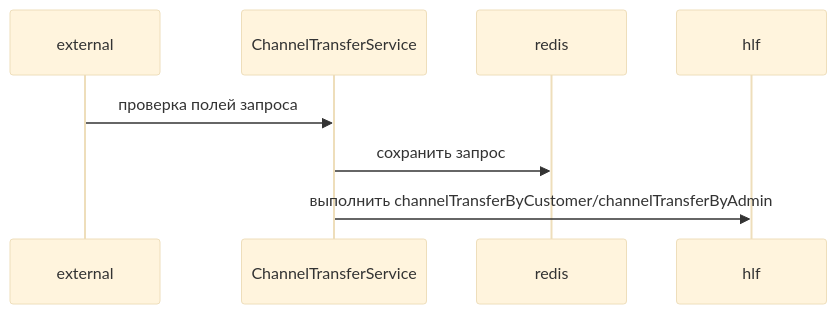
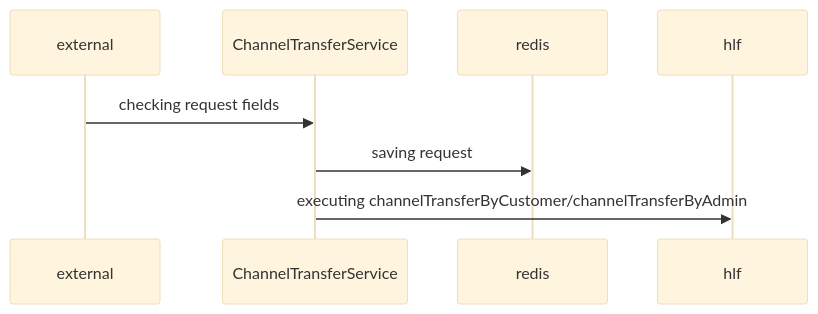
One commit to anoideaopen/channel-transfer changed the fifth of 11 diagrams in doc/channelTransferService.md. Above: the diagram before and after it, drawn with Mermaid (base theme). The commit also changed other lines of this file and 71 other files, not shown here.

````diff
--- a/doc/channelTransferService.md
+++ b/doc/channelTransferService.md
@@ -60,6 +60,7 @@
 ```mermaid
 sequenceDiagram
-    external ->> ChannelTransferService: проверка полей запроса
-    ChannelTransferService ->> redis: сохранить запрос
-    ChannelTransferService ->> hlf: выполнить channelTransferByCustomer/channelTransferByAdmin
+    external ->> ChannelTransferService: checking request fields
+    ChannelTransferService ->> redis: saving request
+    ChannelTransferService ->> hlf: executing channelTransferByCustomer/channelTransferByAdmin
+
 ```
````
